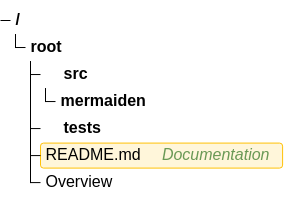
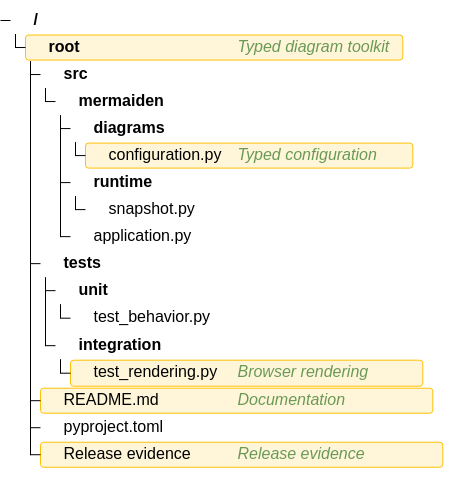
Before and after one commit to szpak-dev/mermaiden: the diagram in docs/contracts/configuration-rendering/sources/treeView-beta.mmd, drawn with Mermaid. The commit also changed 13 other files, not shown here.

Commit message:
add fixes for diagrams

```diff
--- a/docs/contracts/configuration-rendering/sources/treeView-beta.mmd
+++ b/docs/contracts/configuration-rendering/sources/treeView-beta.mmd
@@ -1,12 +1,22 @@
 ---
 config:
   wrap: true
-  treeView: {"useWidth": 960.0, "useMaxWidth": true, "rowIndent": 10.0, "paddingX": 5.0, "paddingY": 5.0, "lineThickness": 1.0, "showIcons": false, "defaultIconPack": "", "filenameIcons": {}, "extensionIcons": {}}
+  treeView: {"useWidth": 960.0, "useMaxWidth": true, "rowIndent": 10.0, "paddingX": 5.0, "paddingY": 5.0, "lineThickness": 1.0, "showIcons": true, "defaultIconPack": "", "filenameIcons": {"README.md": "file"}, "extensionIcons": {"py": "file"}}
 ---
 treeView-beta
-root/
+root/ :::highlight icon(folder) ## Typed diagram toolkit
   src/ icon(folder)
     mermaiden/
-  tests/ icon(test)
+      diagrams/
+        configuration.py :::highlight icon(file) ## Typed configuration
+      runtime/
+        snapshot.py
+      application.py
+  tests/ icon(folder)
+    unit/
+      test_behavior.py
+    integration/
+      test_rendering.py :::highlight icon(file) ## Browser rendering
   README.md :::highlight ## Documentation
-  Overview
+  pyproject.toml
+  Release evidence :::highlight ## Release evidence
```
